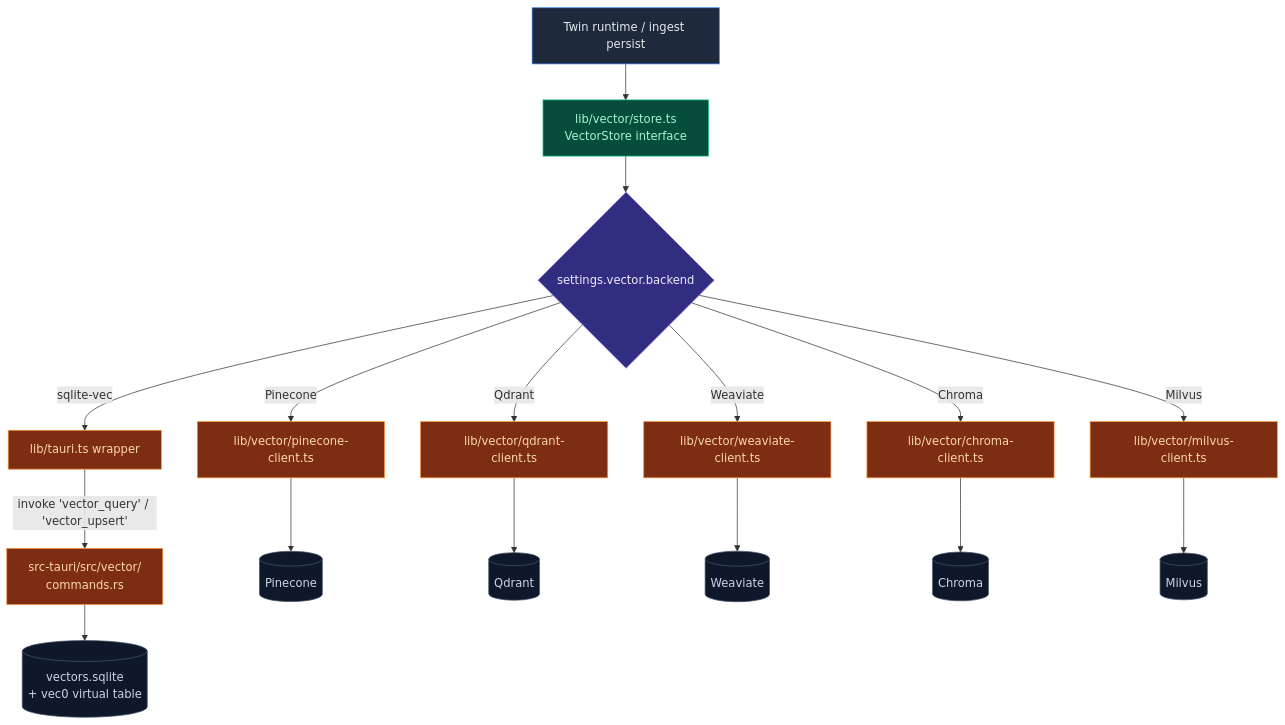
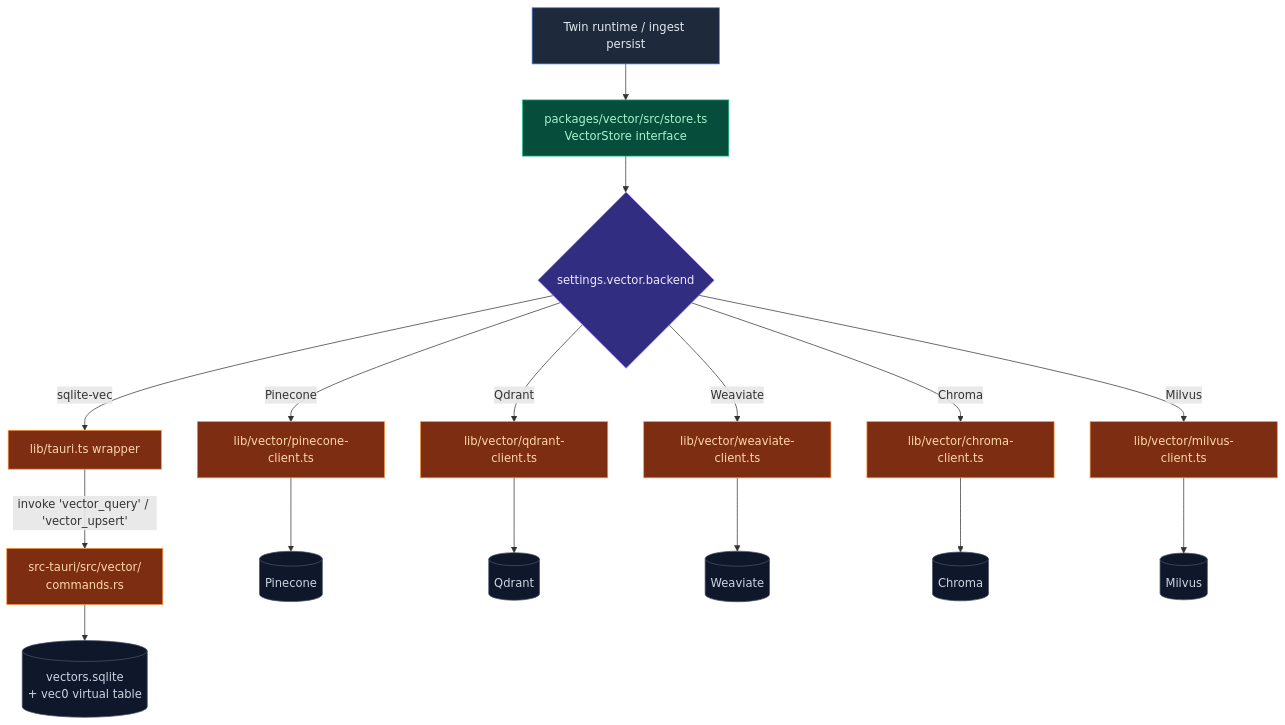
One commit to MaxQian888/cognia-next changed the diagram in docs/content/docs/en/data/vector-store.mdx. Above: the diagram before and after it, drawn with Mermaid. The commit also changed other lines of this file and 13 other files, not shown here.

````diff
--- a/docs/content/docs/en/data/vector-store.mdx
+++ b/docs/content/docs/en/data/vector-store.mdx
@@ -120,33 +120,33 @@
 ```mermaid
 flowchart TB
   Caller[Twin runtime / ingest persist]
-  Caller --> Store[lib/vector/store.ts<br/>VectorStore interface]
+  Caller --> Store[packages/vector/src/store.ts<br/>VectorStore interface]
   Store --> Settings{settings.vector.backend}
 
   Settings -->|sqlite-vec| Native[lib/tauri.ts wrapper]
   Settings -->|Pinecone| Pine[lib/vector/pinecone-client.ts]
   Settings -->|Qdrant| Qd[lib/vector/qdrant-client.ts]
   Settings -->|Weaviate| We[lib/vector/weaviate-client.ts]
   Settings -->|Chroma| Ch[lib/vector/chroma-client.ts]
   Settings -->|Milvus| Mi[lib/vector/milvus-client.ts]
 
   Native -->|invoke 'vector_query' / 'vector_upsert'| Rust[src-tauri/src/vector/<br/>commands.rs]
   Rust --> SQL[(vectors.sqlite<br/>+ vec0 virtual table)]
 
   Pine --> Cloud1[(Pinecone)]
   Qd --> Cloud2[(Qdrant)]
   We --> Cloud3[(Weaviate)]
   Ch --> Cloud4[(Chroma)]
   Mi --> Cloud5[(Milvus)]
 
   classDef caller fill:#1e293b,stroke:#3b82f6,color:#e2e8f0
   classDef abstr fill:#064e3b,stroke:#10b981,color:#a7f3d0
   classDef gate fill:#312e81,stroke:#a78bfa,color:#ede9fe
   classDef impl fill:#7c2d12,stroke:#fb923c,color:#fed7aa
   classDef store fill:#0f172a,stroke:#475569,color:#cbd5e1
   class Caller caller
   class Store abstr
   class Settings gate
   class Native,Pine,Qd,We,Ch,Mi,Rust impl
   class SQL,Cloud1,Cloud2,Cloud3,Cloud4,Cloud5 store
 ```
````
